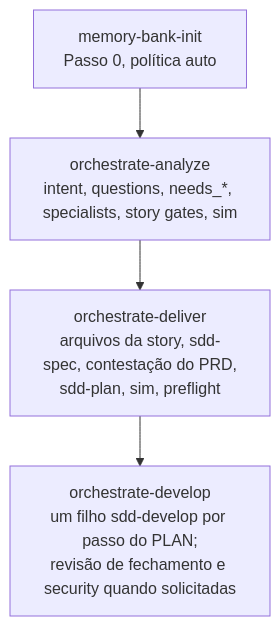
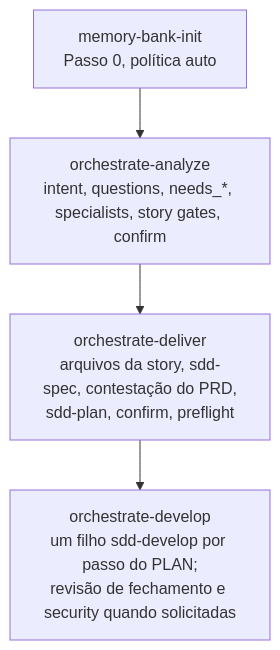
Before and after one commit to tibursocampos/agent-dev-toolkit: the first of 2 diagrams in docs-site/orchestrated-delivery.pt.md, drawn with Mermaid. The commit also changed other lines of this file and 11 other files, not shown here.

````diff
--- a/docs-site/orchestrated-delivery.pt.md
+++ b/docs-site/orchestrated-delivery.pt.md
@@ -39,8 +39,8 @@
 ```mermaid
 flowchart TD
   step0["memory-bank-init<br/>Passo 0, política auto"]
-  o1["orchestrate-analyze<br/>intent, questions, needs_*, specialists, story gates, sim"]
-  o2["orchestrate-deliver<br/>arquivos da story, sdd-spec, contestação do PRD,<br/>sdd-plan, sim, preflight"]
+  o1["orchestrate-analyze<br/>intent, questions, needs_*, specialists, story gates, confirm"]
+  o2["orchestrate-deliver<br/>arquivos da story, sdd-spec, contestação do PRD,<br/>sdd-plan, confirm, preflight"]
   o3["orchestrate-develop<br/>um filho sdd-develop por passo do PLAN;<br/>revisão de fechamento e security quando solicitadas"]
   step0 --> o1 --> o2 --> o3
 ```
````
